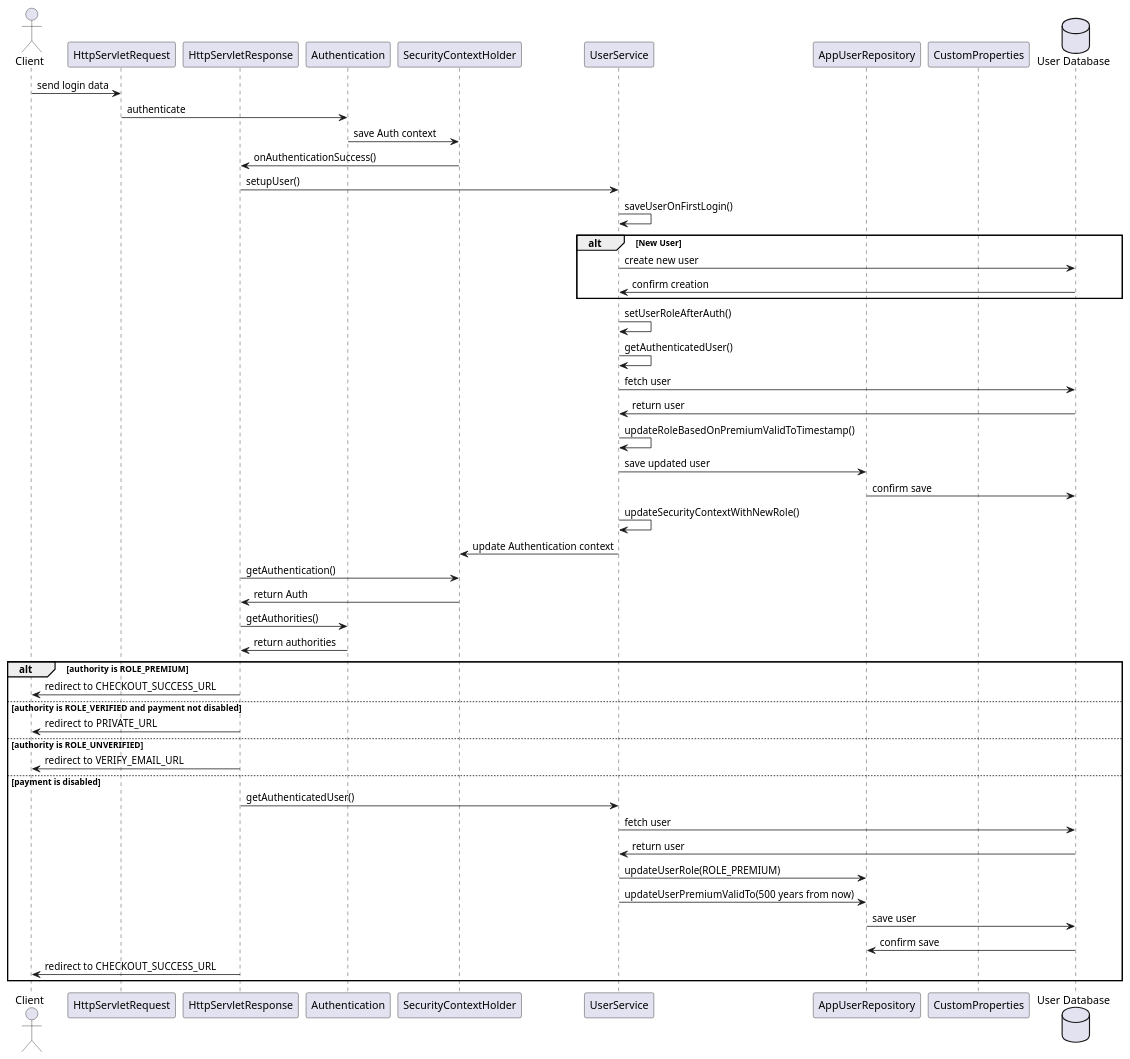
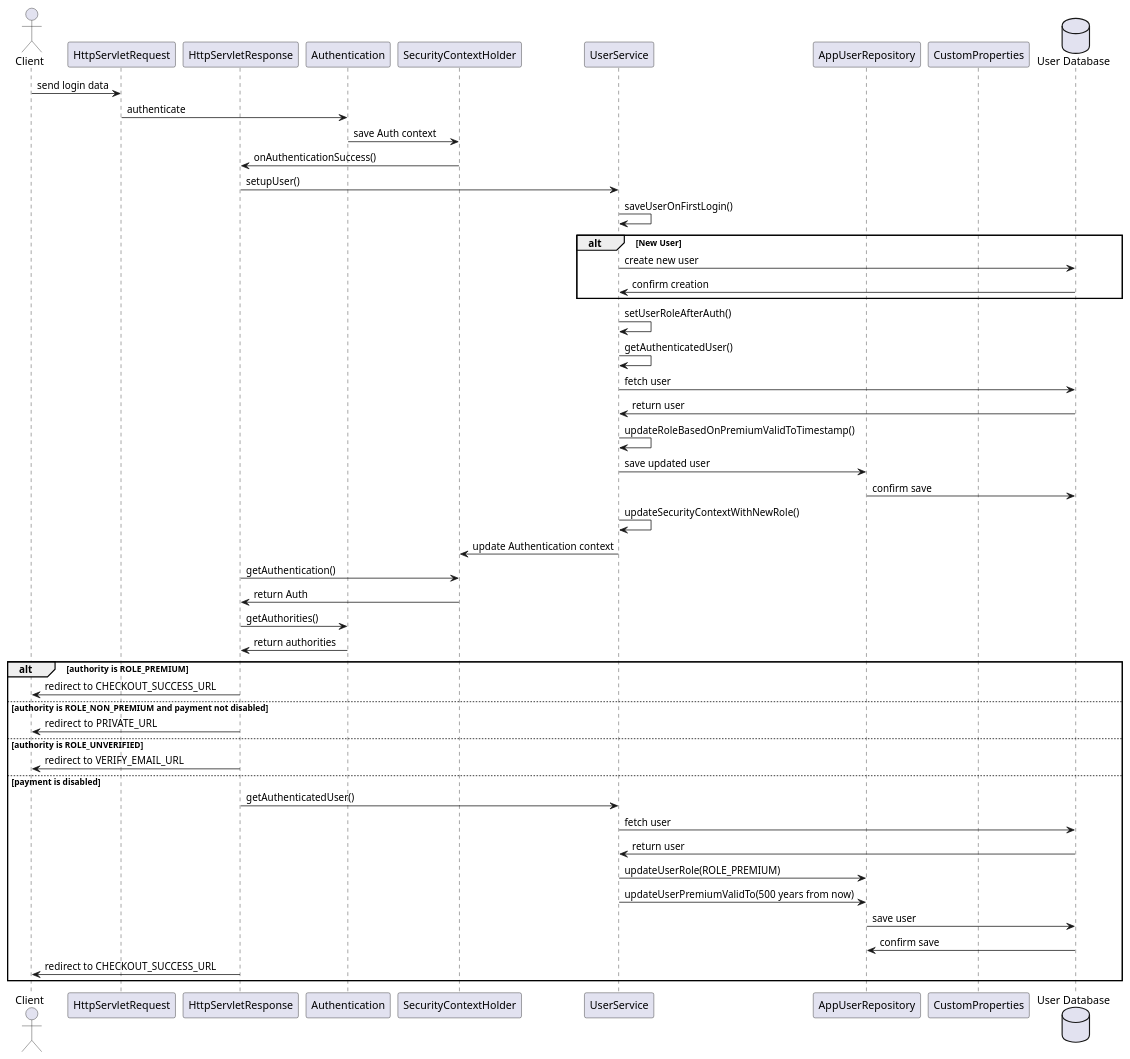
Before and after one commit to nek8082/spring-boot-expense-tracker: the diagram in doc/config/CustomAuthenticationSuccessHandler.puml, drawn with PlantUML. The commit also changed 6 other files, not shown here.

Commit message:
refactor: rename ROLE_VERIFIED to ROLE_NON_PREMIUM

```diff
--- a/doc/config/CustomAuthenticationSuccessHandler.puml
+++ b/doc/config/CustomAuthenticationSuccessHandler.puml
@@ -1,56 +1,56 @@
 @startuml
 actor Client
 participant "HttpServletRequest" as Request
 participant "HttpServletResponse" as Response
 participant "Authentication" as Auth
 participant "SecurityContextHolder" as SCH
 participant "UserService" as US
 participant "AppUserRepository" as AUR
 participant "CustomProperties" as CP
 database "User Database" as DB
 
 Client -> Request : send login data
 Request -> Auth : authenticate
 Auth -> SCH : save Auth context
 SCH -> Response : onAuthenticationSuccess()
 
 Response -> US : setupUser()
 US -> US : saveUserOnFirstLogin()
 alt New User
     US -> DB : create new user
     DB -> US : confirm creation
 end
 US -> US : setUserRoleAfterAuth()
 US -> US : getAuthenticatedUser()
 US -> DB : fetch user
 DB -> US : return user
 US -> US : updateRoleBasedOnPremiumValidToTimestamp()
 US -> AUR : save updated user
 AUR -> DB : confirm save
 US -> US : updateSecurityContextWithNewRole()
 US -> SCH : update Authentication context
 
 Response -> SCH : getAuthentication()
 SCH -> Response : return Auth
 
 Response -> Auth : getAuthorities()
 Auth -> Response : return authorities
 
 alt authority is ROLE_PREMIUM
     Response -> Client : redirect to CHECKOUT_SUCCESS_URL
-else authority is ROLE_VERIFIED and payment not disabled
+else authority is ROLE_NON_PREMIUM and payment not disabled
     Response -> Client : redirect to PRIVATE_URL
 else authority is ROLE_UNVERIFIED
     Response -> Client : redirect to VERIFY_EMAIL_URL
 else payment is disabled
     Response -> US : getAuthenticatedUser()
     US -> DB : fetch user
     DB -> US : return user
     US -> AUR : updateUserRole(ROLE_PREMIUM)
     US -> AUR : updateUserPremiumValidTo(500 years from now)
     AUR -> DB : save user
     DB -> AUR : confirm save
     Response -> Client : redirect to CHECKOUT_SUCCESS_URL
 end
 
 @enduml
```
